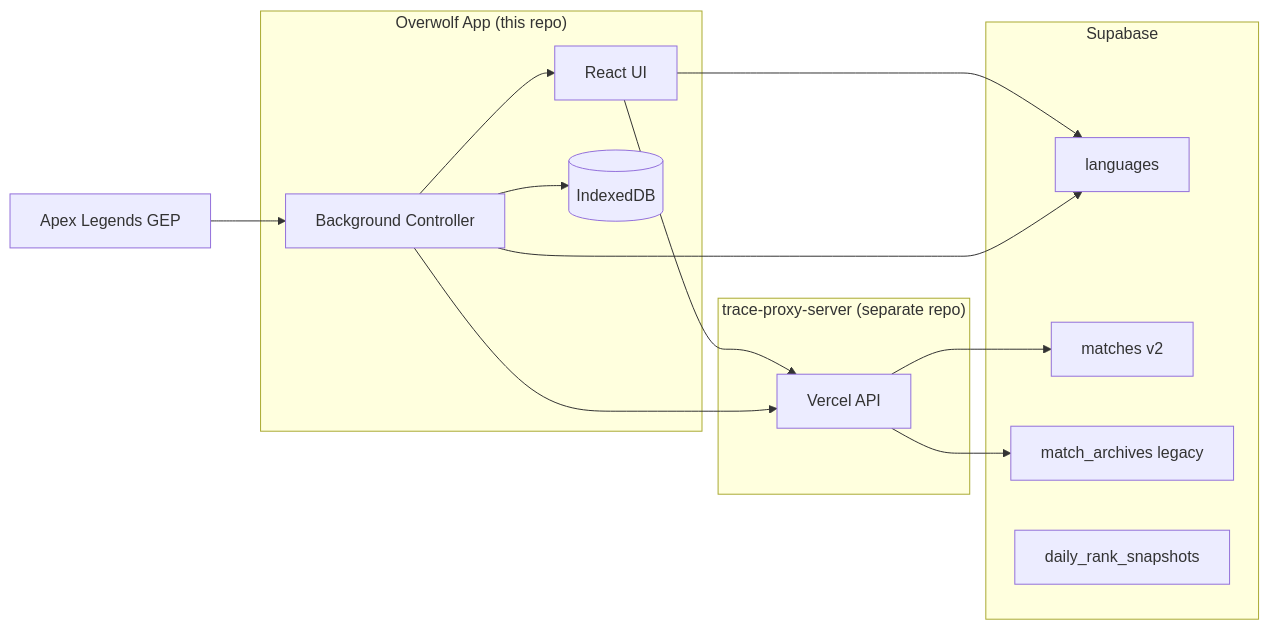
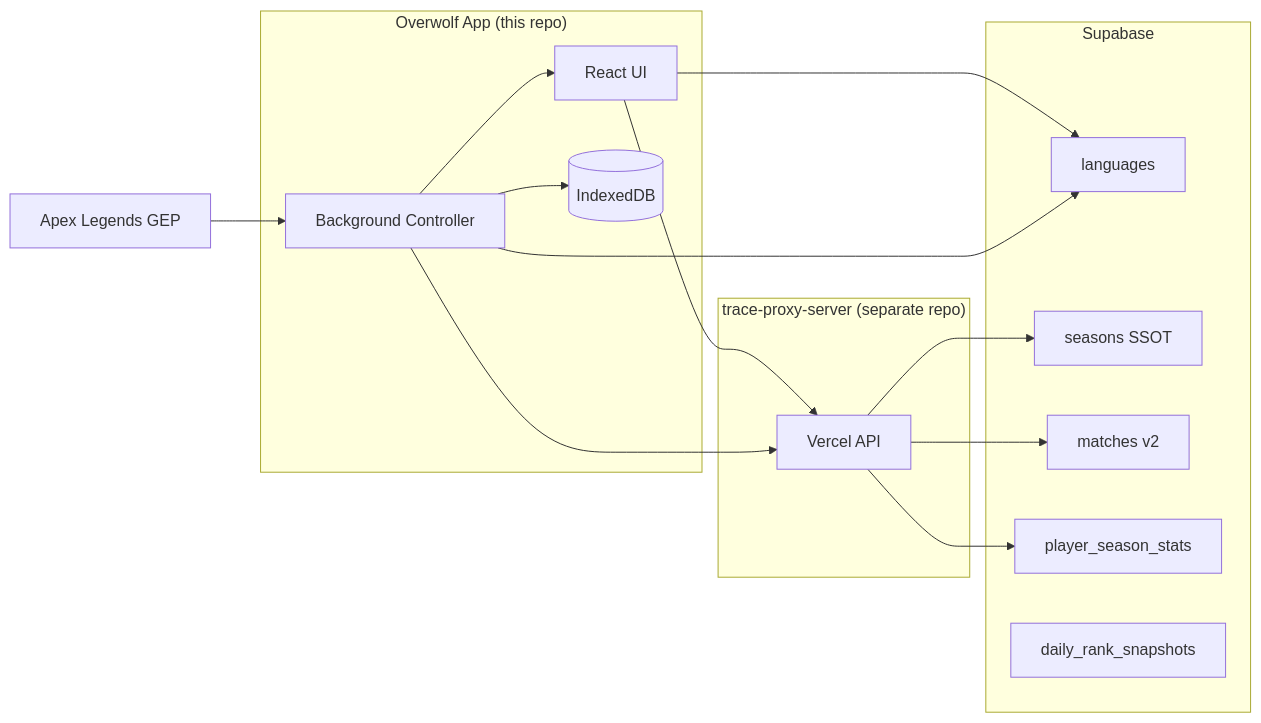
Before and after one commit to sjbong0904/ApexTrace-app: the diagram in README.md, drawn with Mermaid. The commit also changed other lines of this file and 46 other files, not shown here.

First line of the commit message:
feat: Match Data V3 client, teammates stats UX, sync fixes (v0.0.7)

````diff
--- a/README.md
+++ b/README.md
@@ -14,29 +14,31 @@
 ```mermaid
 flowchart LR
     subgraph client ["Overwolf App (this repo)"]
         BG[Background Controller]
         UI[React UI]
         IDB[(IndexedDB)]
         BG --> UI
         BG --> IDB
     end
 
     subgraph proxy ["trace-proxy-server (separate repo)"]
         API[Vercel API]
     end
 
     subgraph cloud ["Supabase"]
         LANG[languages]
+        SEASONS[seasons SSOT]
         MATCHES[matches v2]
-        ARCHIVE[match_archives legacy]
+        STATS[player_season_stats]
         RANKS[daily_rank_snapshots]
     end
 
     GEP[Apex Legends GEP] --> BG
     UI --> API
     BG --> API
     API --> MATCHES
-    API --> ARCHIVE
+    API --> STATS
+    API --> SEASONS
     UI --> LANG
     BG --> LANG
 ```
````
